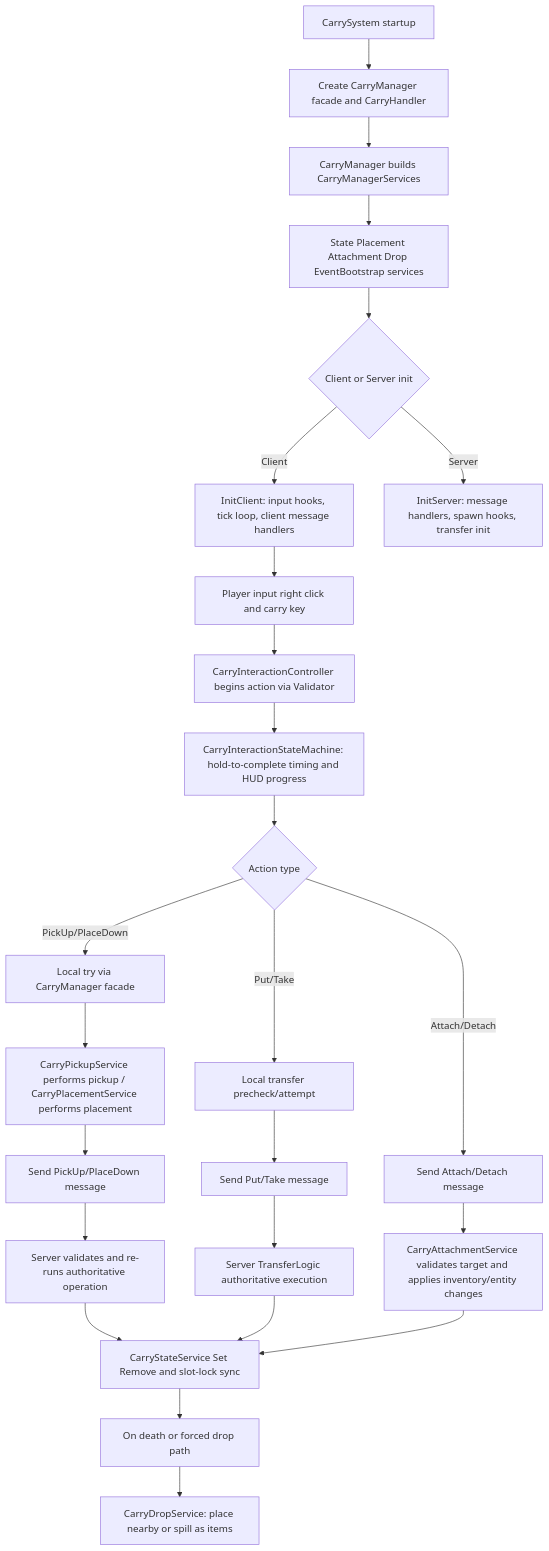
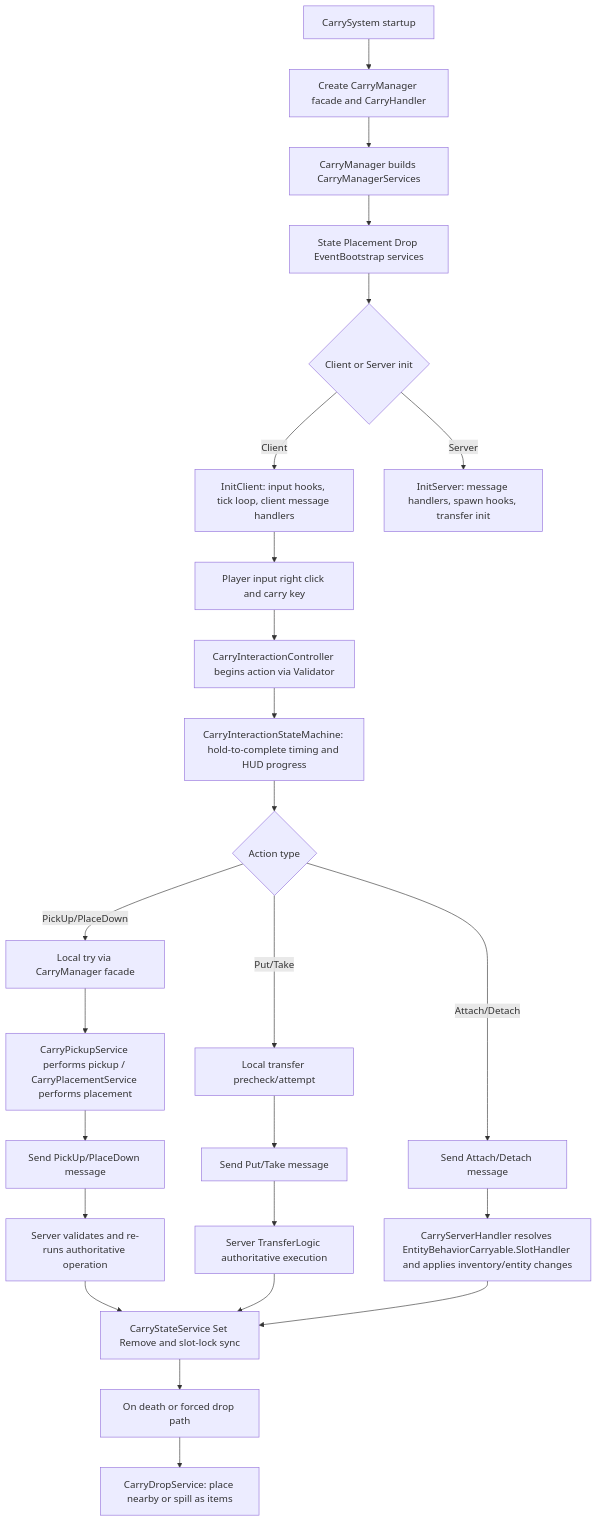
The diagram in docs/technical-overview/carry-manager-and-handlers.md (NerdScurvy/CarryOn), drawn with Mermaid before and after one commit. The commit also changed other lines of this file and 392 other files, not shown here.

````diff
--- a/docs/technical-overview/carry-manager-and-handlers.md
+++ b/docs/technical-overview/carry-manager-and-handlers.md
@@ -307,33 +405,33 @@
 ```mermaid
 graph TD
   A[CarrySystem startup] --> B[Create CarryManager facade and CarryHandler]
   B --> B2[CarryManager builds CarryManagerServices]
-  B2 --> B3[State Placement Attachment Drop EventBootstrap services]
+  B2 --> B3[State Placement Drop EventBootstrap services]
   B3 --> C{Client or Server init}
   C -- Client --> D[InitClient: input hooks, tick loop, client message handlers]
   C -- Server --> E[InitServer: message handlers, spawn hooks, transfer init]
 
   D --> F[Player input right click and carry key]
   F --> G[CarryInteractionController begins action via Validator]
   G --> H[CarryInteractionStateMachine: hold-to-complete timing and HUD progress]
   H --> I{Action type}
 
   I -- PickUp/PlaceDown --> J[Local try via CarryManager facade]
   J --> J2[CarryPickupService performs pickup / CarryPlacementService performs placement]
   J2 --> K[Send PickUp/PlaceDown message]
   K --> L[Server validates and re-runs authoritative operation]
 
   I -- Put/Take --> M[Local transfer precheck/attempt]
   M --> N[Send Put/Take message]
   N --> O[Server TransferLogic authoritative execution]
 
   I -- Attach/Detach --> P[Send Attach/Detach message]
-  P --> Q[CarryAttachmentService validates target and applies inventory/entity changes]
+  P --> Q[CarryServerHandler resolves EntityBehaviorCarryable.SlotHandler and applies inventory/entity changes]
 
   L --> R[CarryStateService Set Remove and slot-lock sync]
   O --> R
   Q --> R
 
   R --> S[On death or forced drop path]
   S --> T[CarryDropService: place nearby or spill as items]
 ```
````
